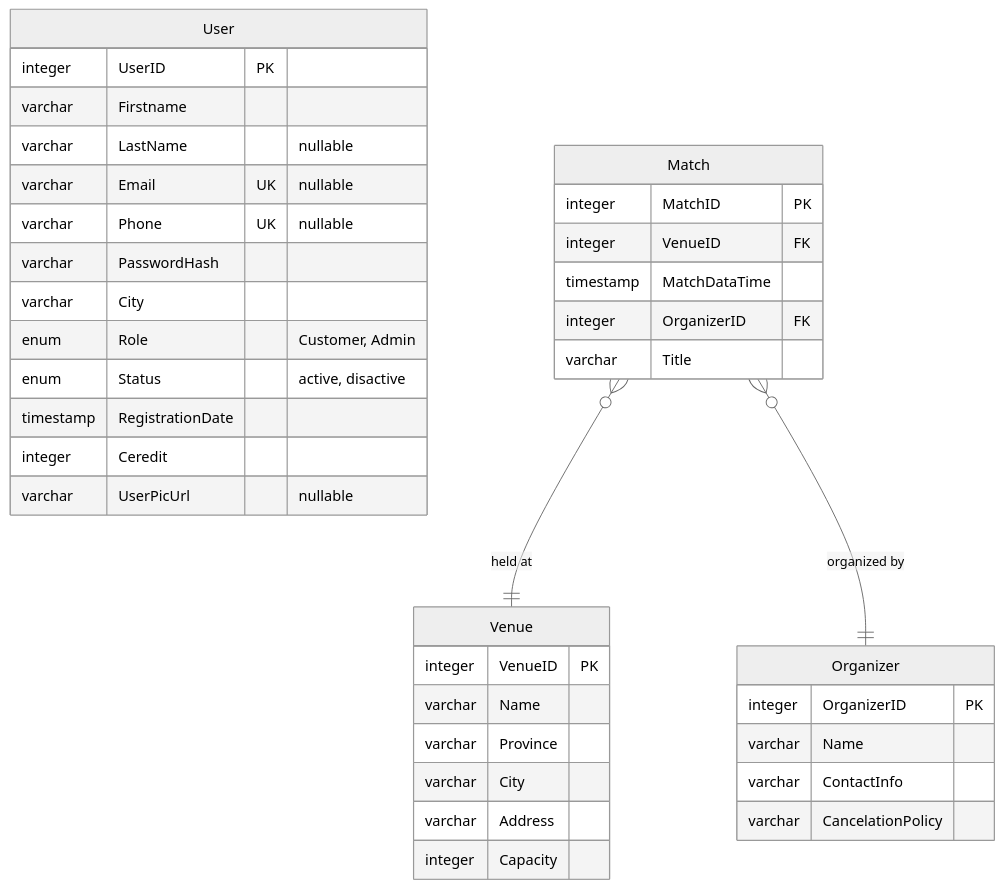
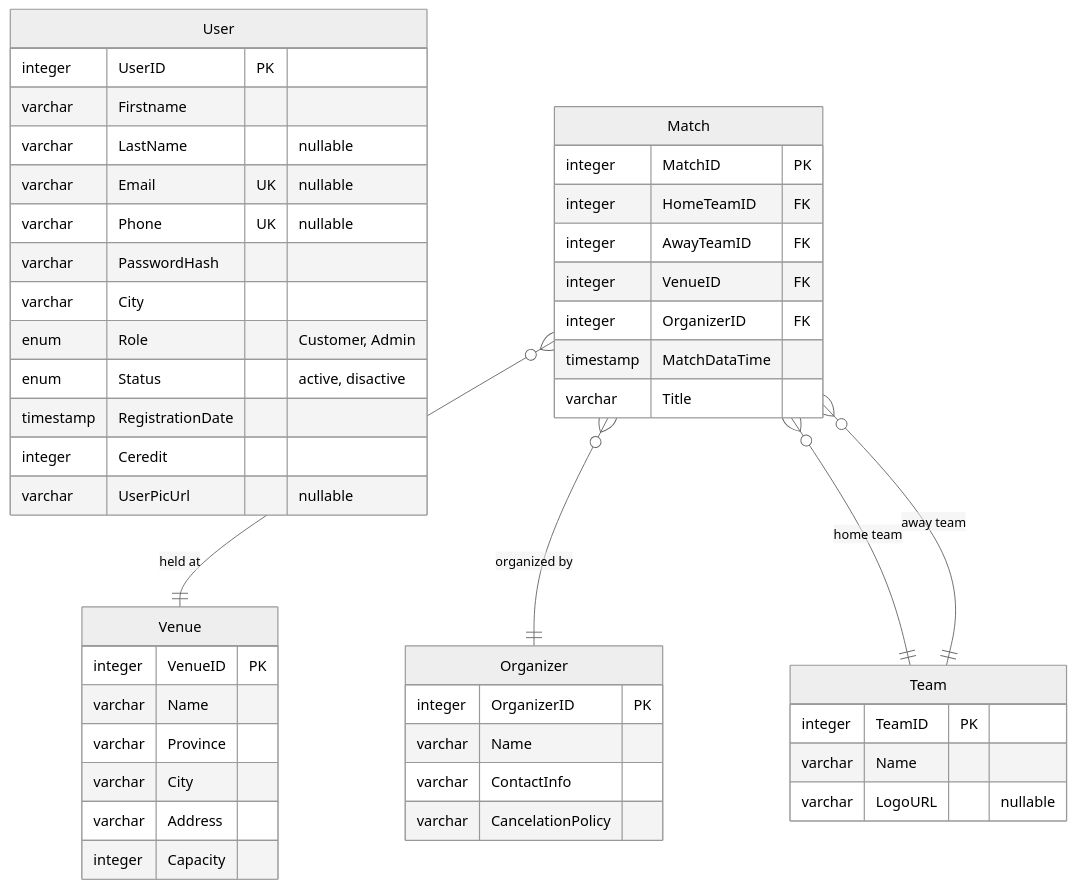
One commit to smhhd/BookTheGame changed the diagram in sql.mmd. Above: the diagram before and after it, drawn with Mermaid (neutral theme).

Commit message:
Adding the Team table along with its relationships

```diff
--- a/sql.mmd
+++ b/sql.mmd
@@ -1,41 +1,49 @@
 erDiagram
     User {
         integer UserID PK
         varchar Firstname
         varchar LastName "nullable"
         varchar Email UK "nullable"
         varchar Phone UK "nullable"
         varchar PasswordHash
         varchar City
         enum Role "Customer, Admin"
         enum Status "active, disactive"
         timestamp RegistrationDate
         integer Ceredit
         varchar UserPicUrl "nullable"
     }
     Match {
         integer MatchID PK
+        integer HomeTeamID FK
+        integer AwayTeamID FK
         integer VenueID FK
+        integer OrganizerID FK
         timestamp MatchDataTime
-        integer OrganizerID FK
         varchar Title
     }
     Venue {
         integer VenueID PK
         varchar Name
         varchar Province
         varchar City
         varchar Address
         integer Capacity
     }
     Organizer {
         integer OrganizerID PK
         varchar Name
         varchar ContactInfo
         varchar CancelationPolicy
     }
-
+    Team {
+        integer TeamID PK
+        varchar Name
+        varchar LogoURL "nullable"
+    }
 
     %% Relationships
     Match }o--|| Venue : "held at"
     Match }o--|| Organizer : "organized by"
+    Match }o--|| Team : "home team"
+    Match }o--|| Team : "away team"
```
